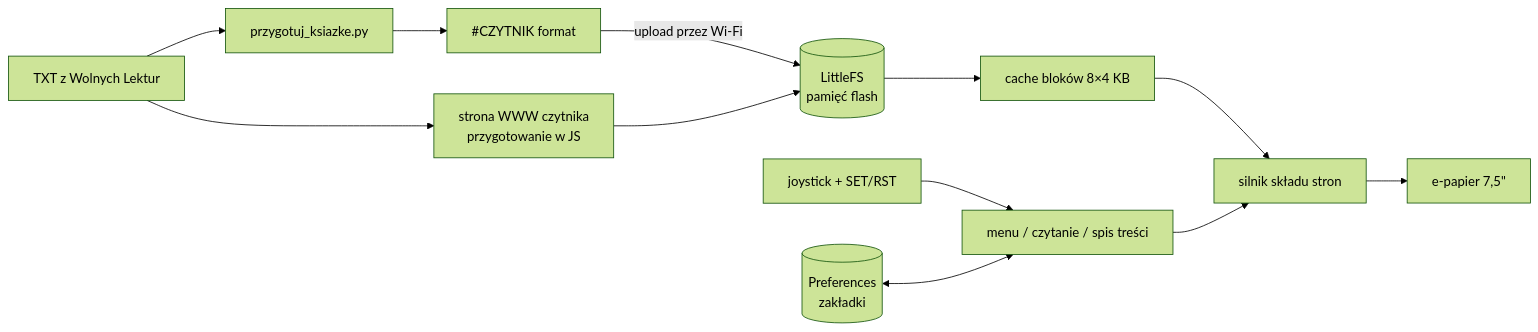
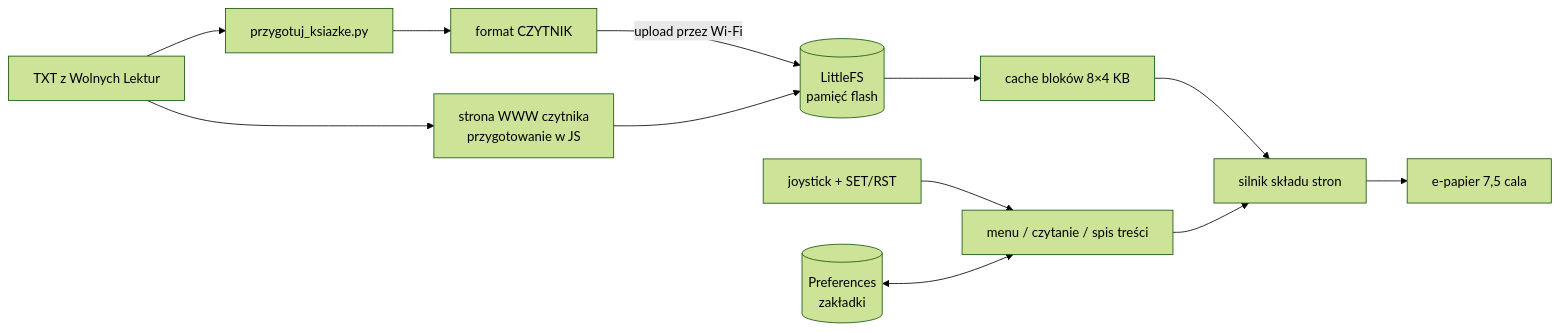
Before and after one commit to PawelWozniak1/eink-ebook-reader: the diagram in README.pl.md, drawn with Mermaid (forest theme). The commit also changed 1 other file, not shown here.

Commit message:
Fix Mermaid diagram parse error on GitHub

````diff
--- a/README.pl.md
+++ b/README.pl.md
@@ -84,14 +84,14 @@
 ```mermaid
 flowchart LR
-    WL[TXT z Wolnych Lektur] --> PY[przygotuj_ksiazke.py]
-    WL --> JS[strona WWW czytnika<br/>przygotowanie w JS]
-    PY --> TXT[#CZYTNIK format]
-    TXT -->|upload przez Wi-Fi| FS[(LittleFS<br/>pamięć flash)]
+    WL["TXT z Wolnych Lektur"] --> PY["przygotuj_ksiazke.py"]
+    WL --> JS["strona WWW czytnika<br/>przygotowanie w JS"]
+    PY --> TXT["format CZYTNIK"]
+    TXT -->|"upload przez Wi-Fi"| FS[("LittleFS<br/>pamięć flash")]
     JS --> FS
-    FS --> CACHE[cache bloków 8×4 KB]
-    CACHE --> LAYOUT[silnik składu stron]
-    LAYOUT --> EPD[e-papier 7,5&quot;]
-    JOY[joystick + SET/RST] --> UI[menu / czytanie / spis treści]
+    FS --> CACHE["cache bloków 8×4 KB"]
+    CACHE --> LAYOUT["silnik składu stron"]
+    LAYOUT --> EPD["e-papier 7,5 cala"]
+    JOY["joystick + SET/RST"] --> UI["menu / czytanie / spis treści"]
     UI --> LAYOUT
-    NVS[(Preferences<br/>zakładki)] <--> UI
+    NVS[("Preferences<br/>zakładki")] <--> UI
 ```
````
